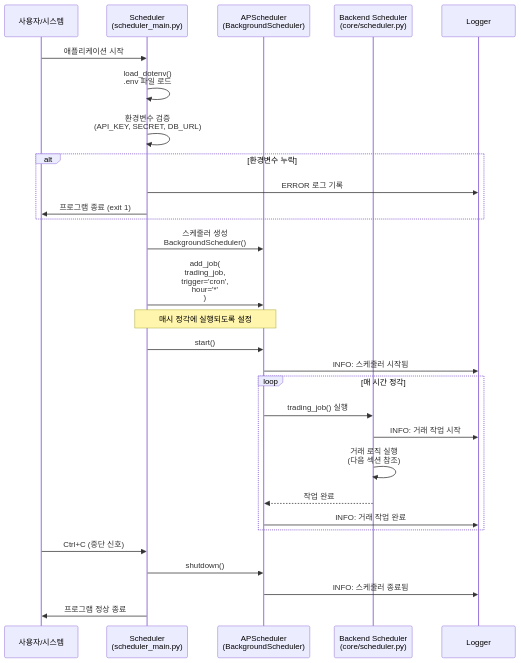
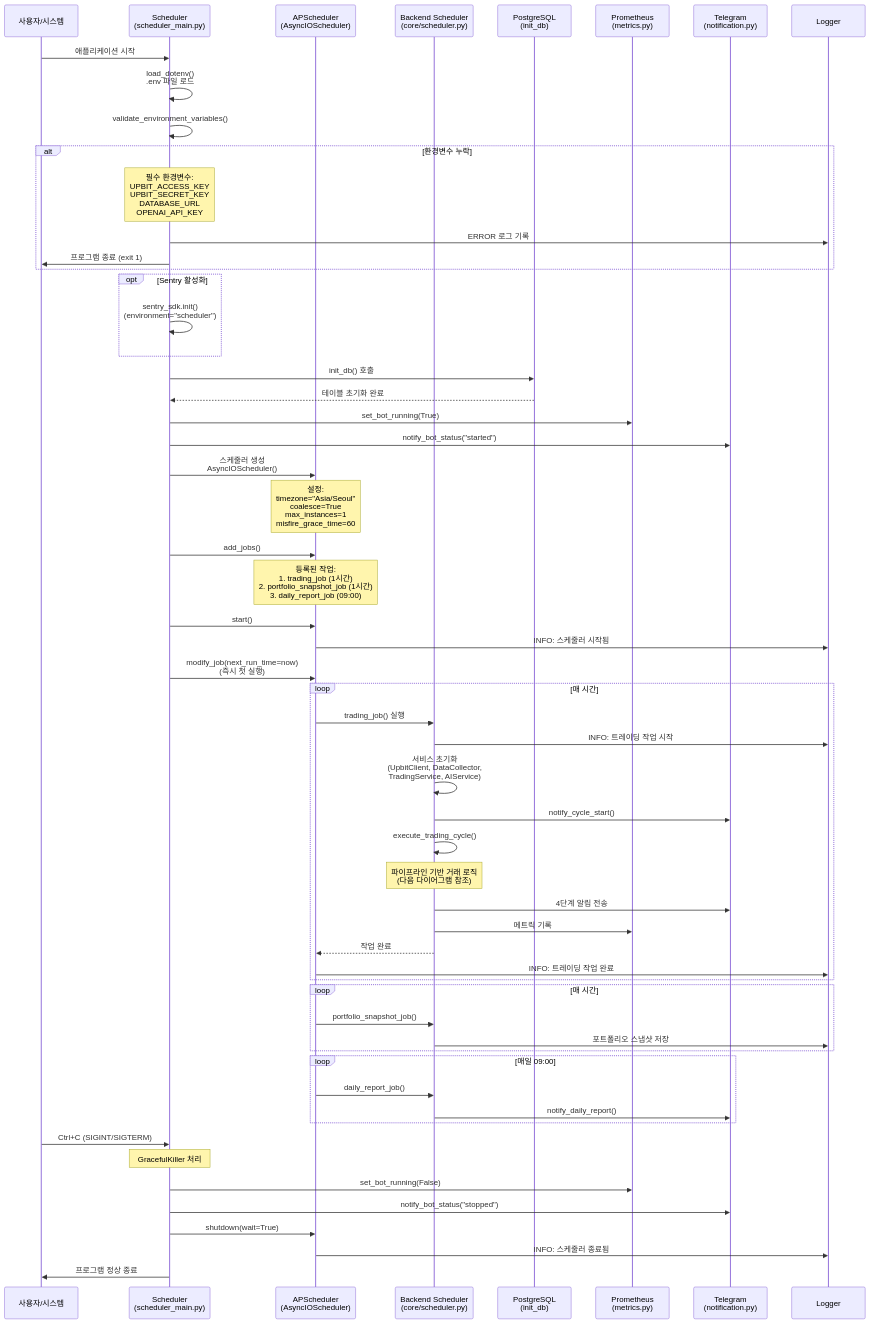
Before and after one commit to myselios/dg_bot: the diagram in docs/diagrams/02-scheduler-module-flow.mmd, drawn with Mermaid. The commit also changed 146 other files, not shown here.

First line of the commit message:
refactor: Clean Architecture 도입 및 프로젝트 구조 정리

```diff
--- a/docs/diagrams/02-scheduler-module-flow.mmd
+++ b/docs/diagrams/02-scheduler-module-flow.mmd
@@ -1,36 +1,71 @@
 sequenceDiagram
     participant User as 사용자/시스템
     participant Scheduler as Scheduler<br/>(scheduler_main.py)
-    participant APScheduler as APScheduler<br/>(BackgroundScheduler)
+    participant APScheduler as APScheduler<br/>(AsyncIOScheduler)
     participant BackendScheduler as Backend Scheduler<br/>(core/scheduler.py)
+    participant DB as PostgreSQL<br/>(init_db)
+    participant Metrics as Prometheus<br/>(metrics.py)
+    participant Telegram as Telegram<br/>(notification.py)
     participant Logger as Logger
 
     User->>Scheduler: 애플리케이션 시작
     Scheduler->>Scheduler: load_dotenv()<br/>.env 파일 로드
-    Scheduler->>Scheduler: 환경변수 검증<br/>(API_KEY, SECRET, DB_URL)
+    Scheduler->>Scheduler: validate_environment_variables()
 
     alt 환경변수 누락
+        Note over Scheduler: 필수 환경변수:<br/>UPBIT_ACCESS_KEY<br/>UPBIT_SECRET_KEY<br/>DATABASE_URL<br/>OPENAI_API_KEY
         Scheduler->>Logger: ERROR 로그 기록
         Scheduler->>User: 프로그램 종료 (exit 1)
     end
 
-    Scheduler->>APScheduler: 스케줄러 생성<br/>BackgroundScheduler()
-    Scheduler->>APScheduler: add_job(<br/>trading_job,<br/>trigger='cron',<br/>hour='*'<br/>)
+    opt Sentry 활성화
+        Scheduler->>Scheduler: sentry_sdk.init()<br/>(environment="scheduler")
+    end
 
-    Note over Scheduler,APScheduler: 매시 정각에 실행되도록 설정
+    Scheduler->>DB: init_db() 호출
+    DB-->>Scheduler: 테이블 초기화 완료
+
+    Scheduler->>Metrics: set_bot_running(True)
+    Scheduler->>Telegram: notify_bot_status("started")
+
+    Scheduler->>APScheduler: 스케줄러 생성<br/>AsyncIOScheduler()
+    Note over APScheduler: 설정:<br/>timezone="Asia/Seoul"<br/>coalesce=True<br/>max_instances=1<br/>misfire_grace_time=60
+
+    Scheduler->>APScheduler: add_jobs()
+    Note over APScheduler: 등록된 작업:<br/>1. trading_job (1시간)<br/>2. portfolio_snapshot_job (1시간)<br/>3. daily_report_job (09:00)
 
     Scheduler->>APScheduler: start()
     APScheduler->>Logger: INFO: 스케줄러 시작됨
+    Scheduler->>APScheduler: modify_job(next_run_time=now)<br/>(즉시 첫 실행)
 
-    loop 매 시간 정각
+    loop 매 시간
         APScheduler->>BackendScheduler: trading_job() 실행
-        BackendScheduler->>Logger: INFO: 거래 작업 시작
-        BackendScheduler->>BackendScheduler: 거래 로직 실행<br/>(다음 섹션 참조)
+        BackendScheduler->>Logger: INFO: 트레이딩 작업 시작
+        BackendScheduler->>BackendScheduler: 서비스 초기화<br/>(UpbitClient, DataCollector,<br/>TradingService, AIService)
+        BackendScheduler->>Telegram: notify_cycle_start()
+        BackendScheduler->>BackendScheduler: execute_trading_cycle()
+        Note over BackendScheduler: 파이프라인 기반 거래 로직<br/>(다음 다이어그램 참조)
+        BackendScheduler->>Telegram: 4단계 알림 전송
+        BackendScheduler->>Metrics: 메트릭 기록
         BackendScheduler-->>APScheduler: 작업 완료
-        APScheduler->>Logger: INFO: 거래 작업 완료
+        APScheduler->>Logger: INFO: 트레이딩 작업 완료
     end
 
-    User->>Scheduler: Ctrl+C (중단 신호)
-    Scheduler->>APScheduler: shutdown()
+    loop 매 시간
+        APScheduler->>BackendScheduler: portfolio_snapshot_job()
+        BackendScheduler->>Logger: 포트폴리오 스냅샷 저장
+    end
+
+    loop 매일 09:00
+        APScheduler->>BackendScheduler: daily_report_job()
+        BackendScheduler->>Telegram: notify_daily_report()
+    end
+
+    User->>Scheduler: Ctrl+C (SIGINT/SIGTERM)
+    Note over Scheduler: GracefulKiller 처리
+
+    Scheduler->>Metrics: set_bot_running(False)
+    Scheduler->>Telegram: notify_bot_status("stopped")
+    Scheduler->>APScheduler: shutdown(wait=True)
     APScheduler->>Logger: INFO: 스케줄러 종료됨
     Scheduler->>User: 프로그램 정상 종료
```
